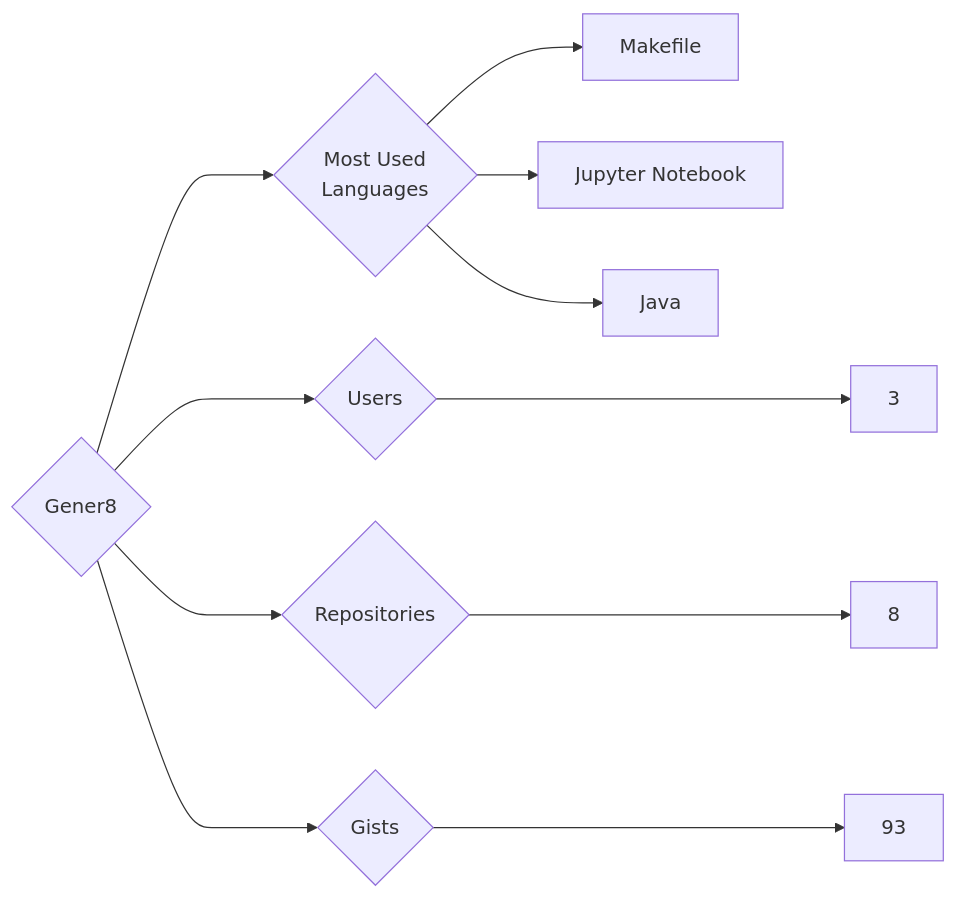
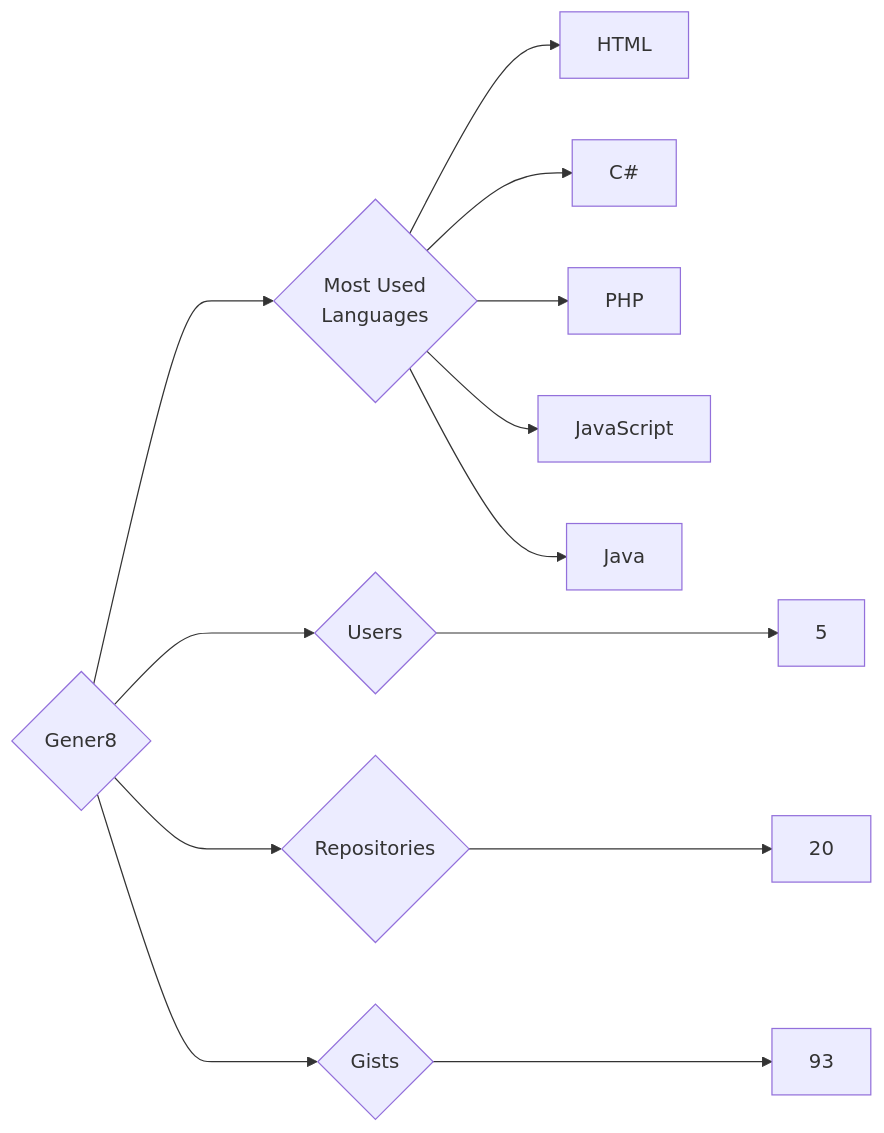
One commit to trickest/insiders changed the diagram in targets/Gener8/README.md. Above: the diagram before and after it, drawn with Mermaid. The commit also changed 894 other files, not shown here.

````diff
--- a/targets/Gener8/README.md
+++ b/targets/Gener8/README.md
@@ -3,11 +3,13 @@
 ```mermaid
 graph LR
 COMPANY_NAME{Gener8}
-COMPANY_NAME ---> U{Users} ---> UN[3]
-COMPANY_NAME ---> R{Repositories} ---> RN[8]
+COMPANY_NAME ---> U{Users} ---> UN[5]
+COMPANY_NAME ---> R{Repositories} ---> RN[20]
 COMPANY_NAME ---> G{Gists} ---> GN[93]
 COMPANY_NAME ---> ML{Most Used<br>Languages}
-ML --> Makefile[Makefile]
-ML --> Jupyter_Notebook[Jupyter Notebook]
+ML --> HTML[HTML]
+ML --> C#[C#]
+ML --> PHP[PHP]
+ML --> JavaScript[JavaScript]
 ML --> Java[Java]
 ```
````
